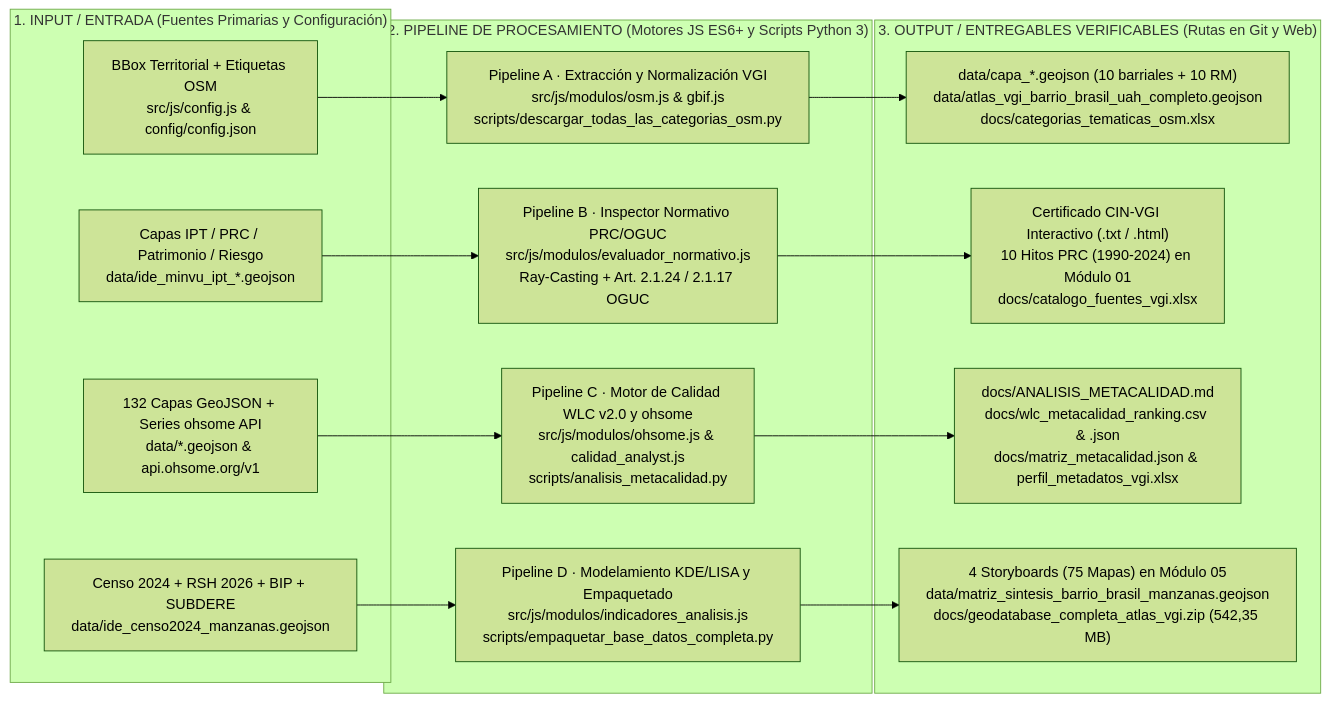
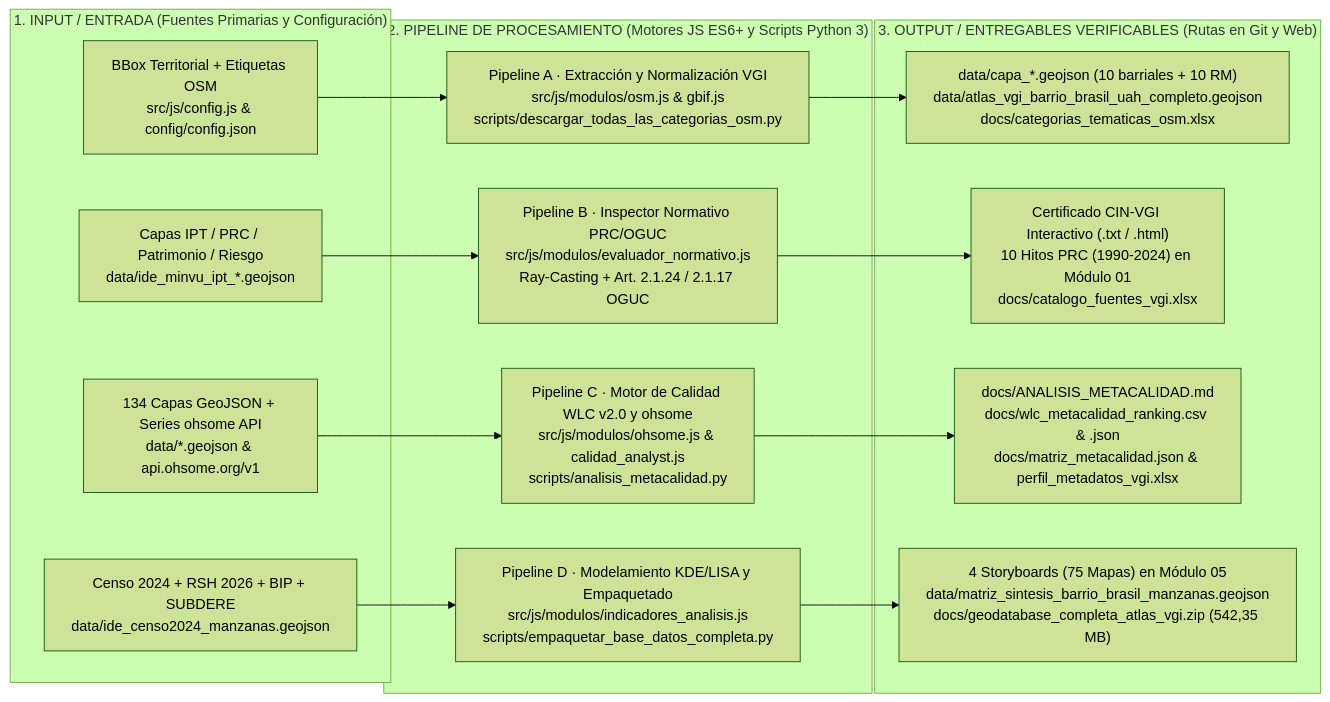
The first of 2 diagrams in README.md (GEOJOTA/atlas_vgi_territorial), drawn with Mermaid (forest theme) before and after one commit. The commit also changed other lines of this file and 44 other files, not shown here.

````diff
--- a/README.md
+++ b/README.md
@@ -39,28 +39,28 @@
 ```mermaid
 flowchart LR
     subgraph IN["1. INPUT / ENTRADA (Fuentes Primarias y Configuración)"]
         I1["BBox Territorial + Etiquetas OSM<br/>src/js/config.js & config/config.json"]
         I2["Capas IPT / PRC / Patrimonio / Riesgo<br/>data/ide_minvu_ipt_*.geojson"]
-        I3["132 Capas GeoJSON + Series ohsome API<br/>data/*.geojson & api.ohsome.org/v1"]
+        I3["134 Capas GeoJSON + Series ohsome API<br/>data/*.geojson & api.ohsome.org/v1"]
         I4["Censo 2024 + RSH 2026 + BIP + SUBDERE<br/>data/ide_censo2024_manzanas.geojson"]
     end
 
     subgraph PROC["2. PIPELINE DE PROCESAMIENTO (Motores JS ES6+ y Scripts Python 3)"]
         P1["Pipeline A · Extracción y Normalización VGI<br/>src/js/modulos/osm.js & gbif.js<br/>scripts/descargar_todas_las_categorias_osm.py"]
         P2["Pipeline B · Inspector Normativo PRC/OGUC<br/>src/js/modulos/evaluador_normativo.js<br/>Ray-Casting + Art. 2.1.24 / 2.1.17 OGUC"]
         P3["Pipeline C · Motor de Calidad WLC v2.0 y ohsome<br/>src/js/modulos/ohsome.js & calidad_analyst.js<br/>scripts/analisis_metacalidad.py"]
         P4["Pipeline D · Modelamiento KDE/LISA y Empaquetado<br/>src/js/modulos/indicadores_analisis.js<br/>scripts/empaquetar_base_datos_completa.py"]
     end
 
     subgraph OUT["3. OUTPUT / ENTREGABLES VERIFICABLES (Rutas en Git y Web)"]
         O1["data/capa_*.geojson (10 barriales + 10 RM)<br/>data/atlas_vgi_barrio_brasil_uah_completo.geojson<br/>docs/categorias_tematicas_osm.xlsx"]
         O2["Certificado CIN-VGI Interactivo (.txt / .html)<br/>10 Hitos PRC (1990-2024) en Módulo 01<br/>docs/catalogo_fuentes_vgi.xlsx"]
         O3["docs/ANALISIS_METACALIDAD.md<br/>docs/wlc_metacalidad_ranking.csv & .json<br/>docs/matriz_metacalidad.json & perfil_metadatos_vgi.xlsx"]
         O4["4 Storyboards (75 Mapas) en Módulo 05<br/>data/matriz_sintesis_barrio_brasil_manzanas.geojson<br/>docs/geodatabase_completa_atlas_vgi.zip (542,35 MB)"]
     end
 
     I1 --> P1 --> O1
     I2 --> P2 --> O2
     I3 --> P3 --> O3
     I4 --> P4 --> O4
 ```
````
